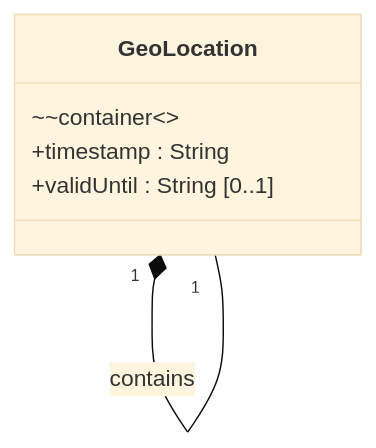
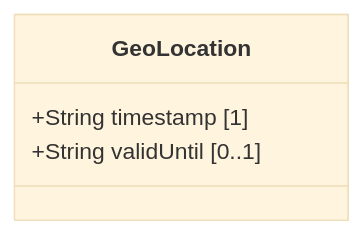
One commit to gintatkinson/dep-tst40 changed the diagram in docs/features/feat-06-temporal-metadata.md. Above: the diagram before and after it, drawn with Mermaid (base theme). The commit also changed 10 other files, not shown here.

First line of the commit message:
docs: fix UML compliance — placeholders, multiplicities, return messages, operations

````diff
--- a/docs/features/feat-06-temporal-metadata.md
+++ b/docs/features/feat-06-temporal-metadata.md
@@ -19,9 +19,7 @@
 ```mermaid
 classDiagram
     class GeoLocation {
-        ~~container~~
-        +timestamp : String
-        +validUntil : String [0..1]
+        +String timestamp [1]
+        +String validUntil [0..1]
     }
-    GeoLocation "1" *-- "1" GeoLocation : contains
 ```
````
